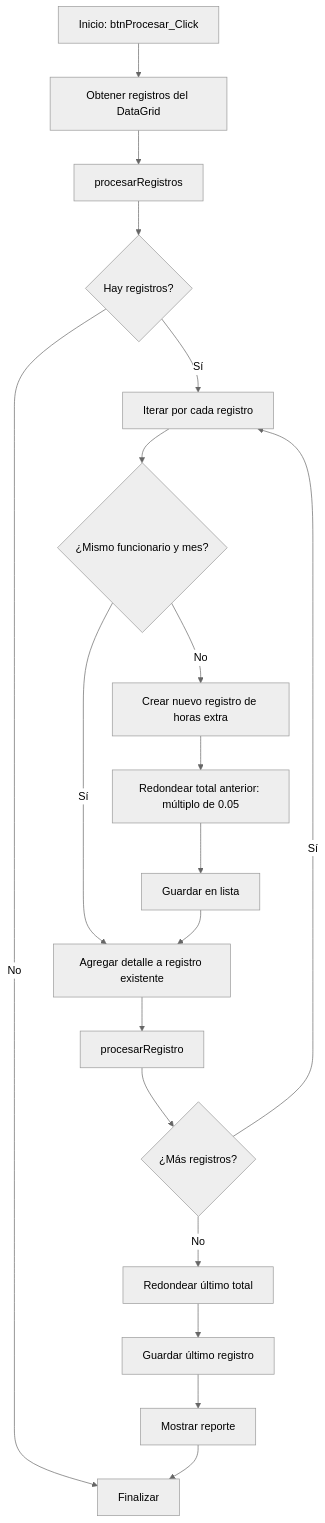
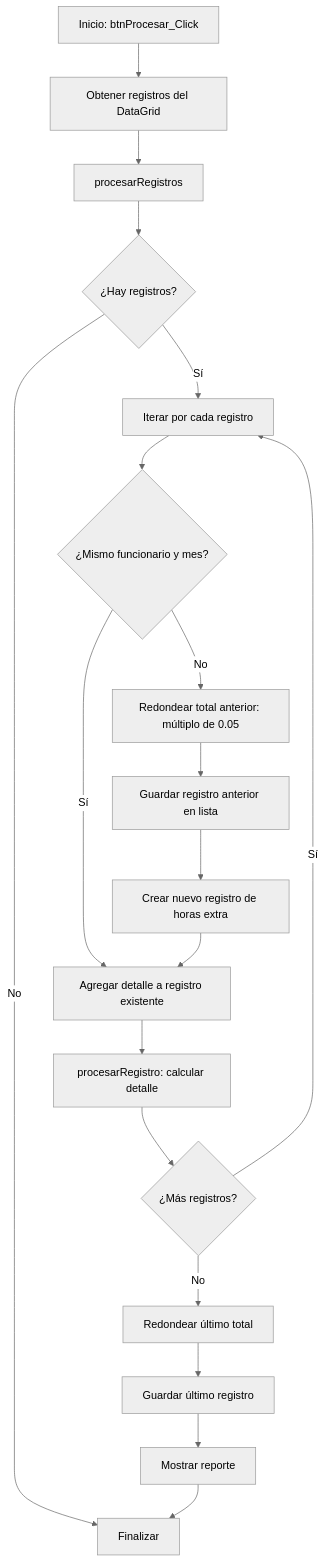
One commit to heinergc/UNED.Public.Html changed the first of 10 diagrams in Calculo_Horas_Extras.md. Above: the diagram before and after it, drawn with Mermaid (neutral theme). The commit also changed other lines of this file and 1 other file, not shown here.

````diff
--- a/Calculo_Horas_Extras.md
+++ b/Calculo_Horas_Extras.md
@@ -18,21 +26,21 @@
 ```mermaid
 flowchart TD
     A[Inicio: btnProcesar_Click] --> B[Obtener registros del DataGrid]
     B --> C[procesarRegistros]
-    C --> D{Hay registros?}
+    C --> D{¿Hay registros?}
     D -->|No| E[Finalizar]
     D -->|Sí| F[Iterar por cada registro]
     F --> G{¿Mismo funcionario y mes?}
     G -->|Sí| H[Agregar detalle a registro existente]
-    G -->|No| I[Crear nuevo registro de horas extra]
-    I --> J[Redondear total anterior: múltiplo de 0.05]
-    J --> K[Guardar en lista]
+    G -->|No| I[Redondear total anterior: múltiplo de 0.05]
+    I --> J[Guardar registro anterior en lista]
+    J --> K[Crear nuevo registro de horas extra]
     K --> H
-    H --> L[procesarRegistro]
+    H --> L[procesarRegistro: calcular detalle]
     L --> M{¿Más registros?}
     M -->|Sí| F
     M -->|No| N[Redondear último total]
     N --> O[Guardar último registro]
     O --> P[Mostrar reporte]
     P --> E
 ```
````
